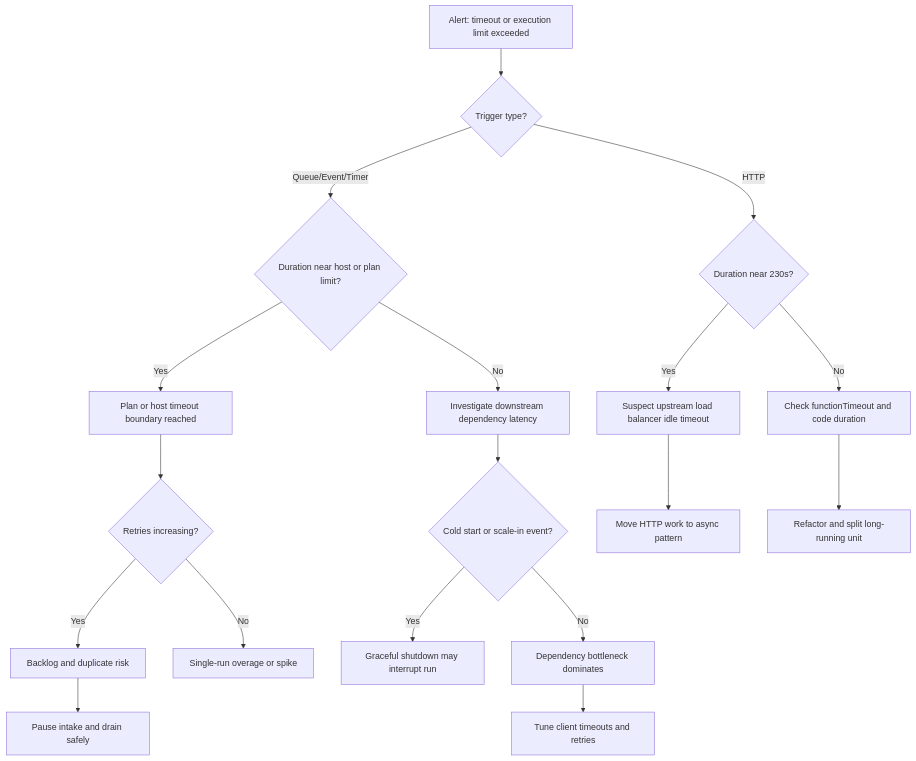
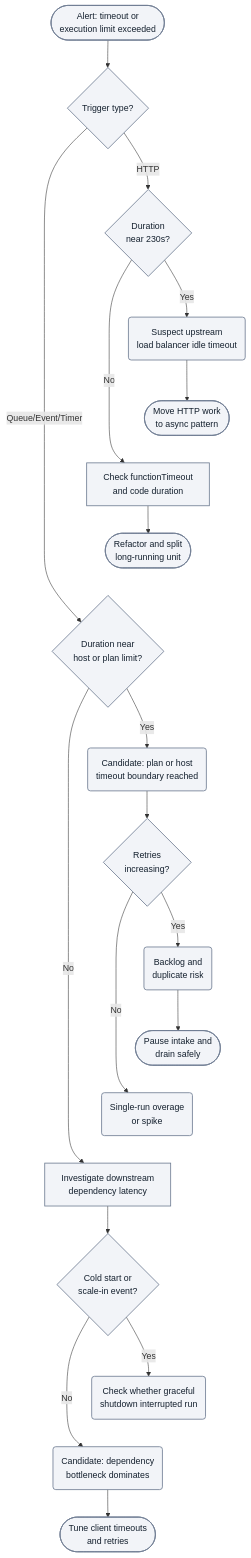
The first of 3 diagrams in docs/troubleshooting/playbooks/triggers/timeout-execution-limit.md (yeongseon/azure-functions-practical-guide), drawn with Mermaid before and after one commit. The commit also changed other lines of this file and 2 other files, not shown here.

Commit message:
docs(diagrams): migrate Functions playbooks triggers — event hub service bus lag and timeout execution limit (#447)
* docs(diagrams): clarify broker lag diagnostic paths

Preserve broker branches and outcomes with readable typed diagrams and scoped
extension guidance; retain the compact progression flow with accessible metadata.

Refs #275

* docs(diagrams): distinguish timeout response and execution boundaries

Preserve timeout decisions and plan branches with readable labels and scoped
retry guidance; correct the Flex limit and retain the compact progression flow.

Refs #275

* docs(diagrams): refresh owned trigger playbook inventory

Refresh only six assigned records, retaining compact-flow exceptions and marking
the remaining diagrams in progress pending independent and maintainer review.

Refs #275

* docs(diagrams): qualify non-session Service Bus concurrency

Distinguish single-message non-session concurrency from automatic lock
renewal and session concurrency in the adjacent figure scope note.

Refs #275

---------

````diff
--- a/docs/troubleshooting/playbooks/triggers/timeout-execution-limit.md
+++ b/docs/troubleshooting/playbooks/triggers/timeout-execution-limit.md
@@ -73,20 +75,30 @@
 ```mermaid
 flowchart TD
-    A[Alert: timeout or execution limit exceeded] --> B{Trigger type?}
-    B -->|HTTP| C{Duration near 230s?}
-    C -->|Yes| D[Suspect upstream load balancer idle timeout]
-    C -->|No| E[Check functionTimeout and code duration]
-    B -->|"Queue/Event/Timer"| F{Duration near host or plan limit?}
-    F -->|Yes| G[Plan or host timeout boundary reached]
-    F -->|No| H[Investigate downstream dependency latency]
-    G --> I{Retries increasing?}
-    I -->|Yes| J[Backlog and duplicate risk]
-    I -->|No| K[Single-run overage or spike]
-    H --> L{Cold start or scale-in event?}
-    L -->|Yes| M[Graceful shutdown may interrupt run]
-    L -->|No| N[Dependency bottleneck dominates]
-    D --> O[Move HTTP work to async pattern]
-    E --> P[Refactor and split long-running unit]
-    J --> Q[Pause intake and drain safely]
-    N --> R[Tune client timeouts and retries]
+    accTitle: Timeout and execution-limit diagnostic flow
+    accDescr: Illustrative triage, not proof of a cause. HTTP checks the response boundary near 230 seconds or host configuration. Queue, Event and Timer paths check execution limits, retries, dependencies and lifecycle events. All Yes and No branches retain their original candidates and mitigation endpoints; verify candidates with logs and disproof checks.
+    A(["Alert: timeout or<br/>execution limit exceeded"]) --> B{"Trigger type?"}
+    B -->|HTTP| C{"Duration<br/>near 230s?"}
+    C -->|Yes| D("Suspect upstream<br/>load balancer idle timeout")
+    C -->|No| E["Check functionTimeout<br/>and code duration"]
+    B -->|"Queue/Event/Timer"| F{"Duration near<br/>host or plan limit?"}
+    F -->|Yes| G("Candidate: plan or host<br/>timeout boundary reached")
+    F -->|No| H["Investigate downstream<br/>dependency latency"]
+    G --> I{"Retries<br/>increasing?"}
+    I -->|Yes| J("Backlog and<br/>duplicate risk")
+    I -->|No| K("Single-run overage<br/>or spike")
+    H --> L{"Cold start or<br/>scale-in event?"}
+    L -->|Yes| M("Check whether graceful<br/>shutdown interrupted run")
+    L -->|No| N("Candidate: dependency<br/>bottleneck dominates")
+    D --> O(["Move HTTP work<br/>to async pattern"])
+    E --> P(["Refactor and split<br/>long-running unit"])
+    J --> Q(["Pause intake and<br/>drain safely"])
+    N --> R(["Tune client timeouts<br/>and retries"])
+    %% Layout-only links serialize branches; they add no diagnostic steps or arrows.
+    O ~~~ E
+    P ~~~ F
+    Q ~~~ K
+    K ~~~ H
+    M ~~~ N
+    classDef neutral fill:#f2f4f8,stroke:#707e93,stroke-width:1.5px,color:#14202e;
+    class A,B,C,D,E,F,G,H,I,J,K,L,M,N,O,P,Q,R neutral;
 ```
````
